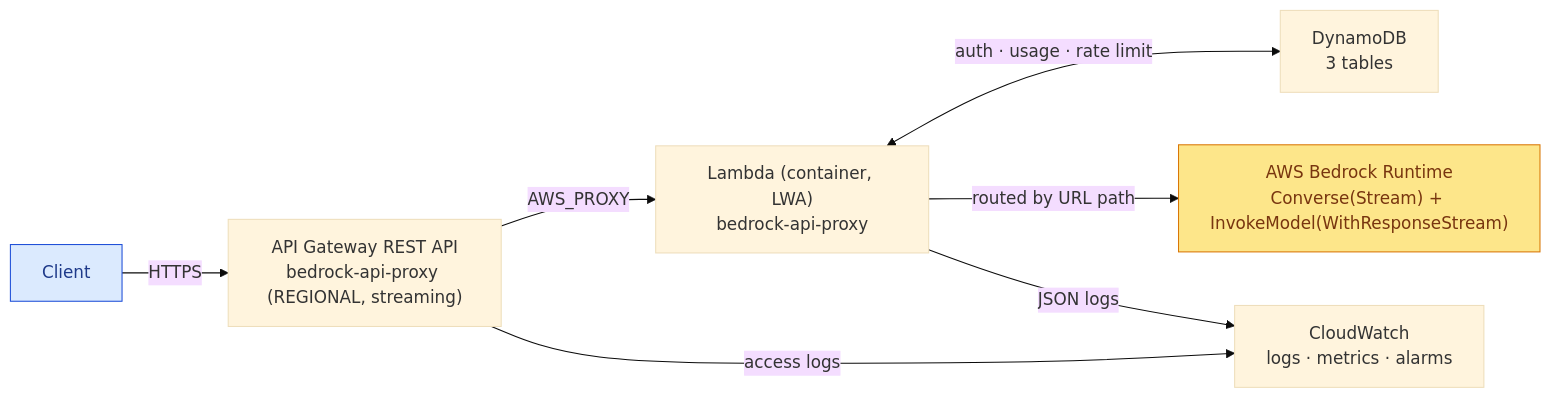
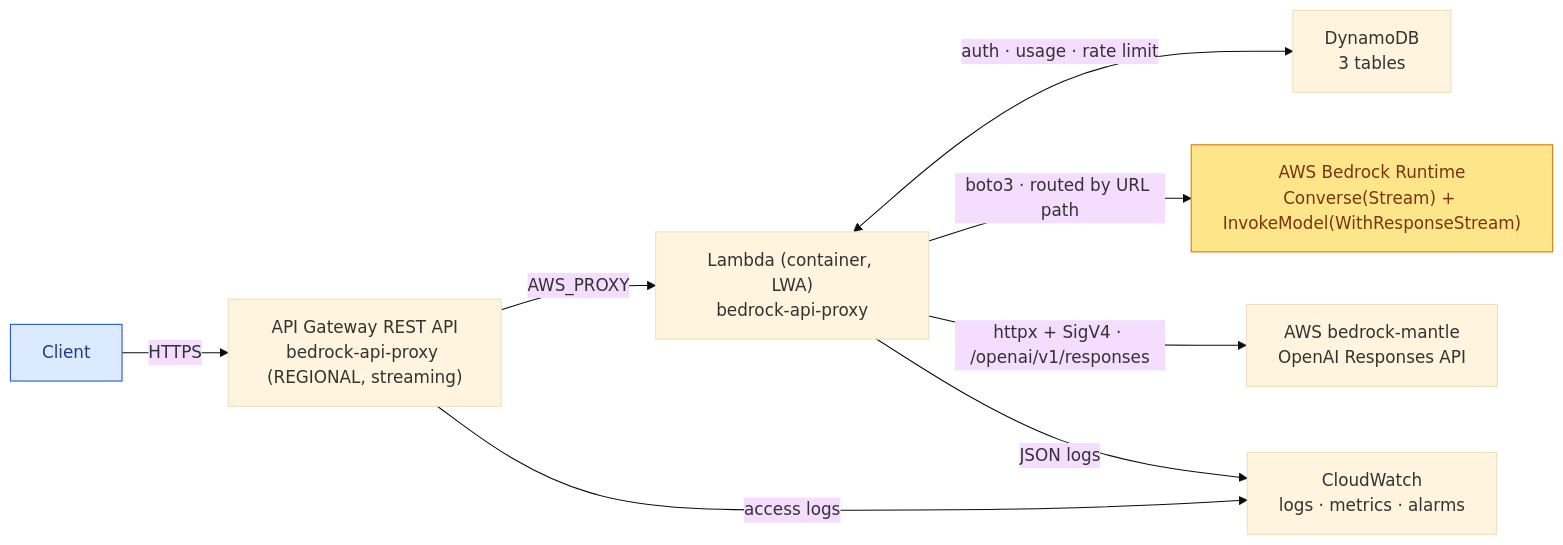
Before and after one commit to smarttransit-ai/bedrock-api: the first of 5 diagrams in docs/architecture.md, drawn with Mermaid (base theme). The commit also changed other lines of this file and 27 other files, not shown here.

````diff
--- a/docs/architecture.md
+++ b/docs/architecture.md
@@ -11,21 +11,23 @@
 ```mermaid
 graph LR
     Client["Client"]
     APIGW["API Gateway REST API<br/>bedrock-api-proxy (REGIONAL, streaming)"]
     Lambda["Lambda (container, LWA)<br/>bedrock-api-proxy"]
     DynamoDB["DynamoDB<br/>3 tables"]
     Bedrock["AWS Bedrock Runtime<br/>Converse(Stream) + InvokeModel(WithResponseStream)"]
+    Mantle["AWS bedrock-mantle<br/>OpenAI Responses API"]
     CloudWatch["CloudWatch<br/>logs · metrics · alarms"]
 
     Client -->|HTTPS| APIGW
     APIGW -->|AWS_PROXY| Lambda
     Lambda <-->|auth · usage · rate limit| DynamoDB
-    Lambda -->|routed by URL path| Bedrock
+    Lambda -->|boto3 · routed by URL path| Bedrock
+    Lambda -->|httpx + SigV4 · /openai/v1/responses| Mantle
     Lambda -->|JSON logs| CloudWatch
     APIGW -->|access logs| CloudWatch
 
     classDef bedrockStyle fill:#fde68a,stroke:#d97706,color:#78350f
     classDef clientStyle fill:#dbeafe,stroke:#1d4ed8,color:#1e3a8a
     class Bedrock bedrockStyle
     class Client clientStyle
 ```
````
